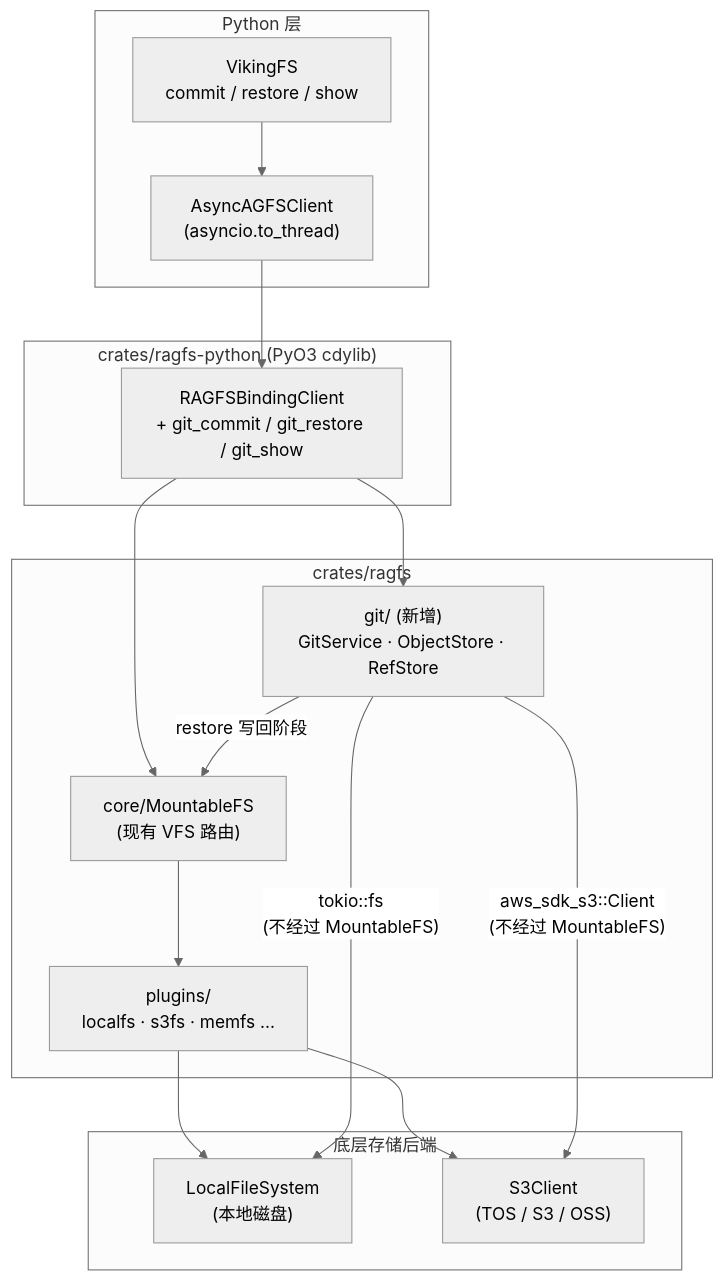
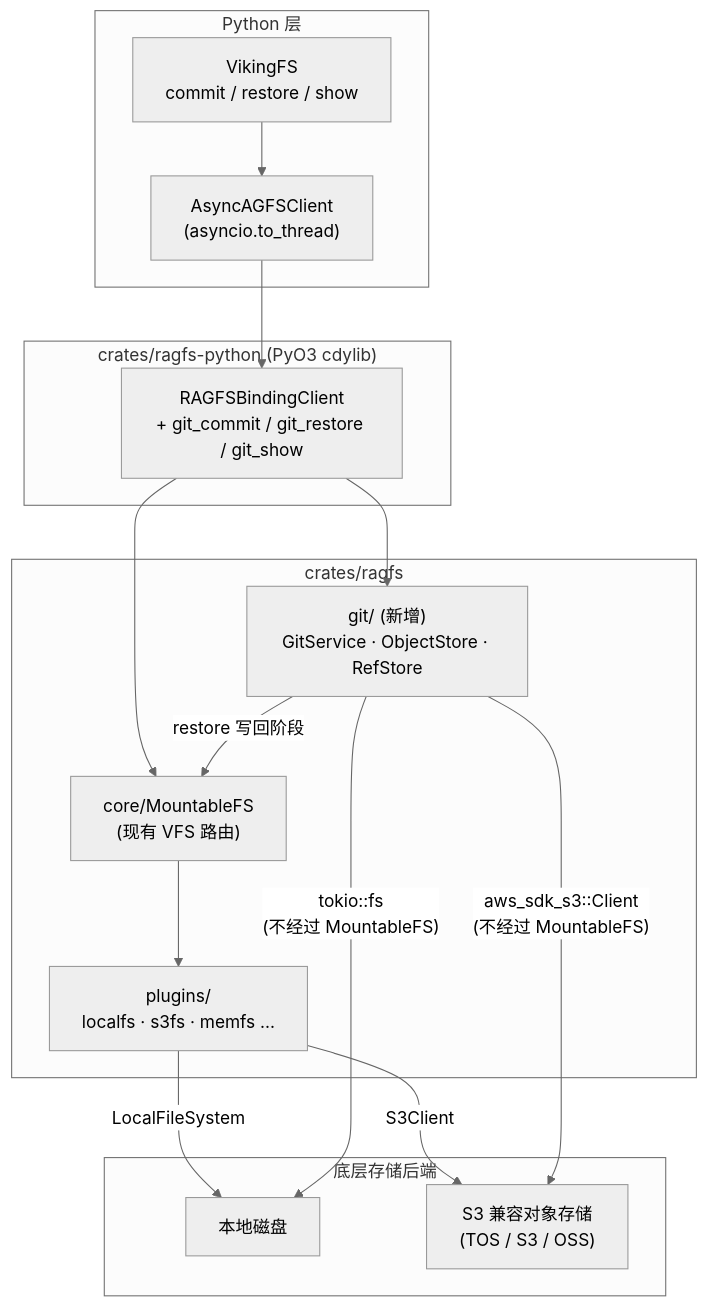
The first of 3 diagrams in docs/design/git-version-control-design.md (doublespring168/OpenViking), drawn with Mermaid (neutral theme) before and after one commit. The commit also changed other lines of this file and 4 other files, not shown here.

````diff
--- a/docs/design/git-version-control-design.md
+++ b/docs/design/git-version-control-design.md
@@ -52,43 +52,42 @@
 ```mermaid
 flowchart TB
     subgraph Py[Python 层]
         VFS["VikingFS
 commit / restore / show"]
         Async["AsyncAGFSClient
 (asyncio.to_thread)"]
     end
 
     subgraph BindCrate["crates/ragfs-python (PyO3 cdylib)"]
         RBC["RAGFSBindingClient
 + git_commit / git_restore / git_show"]
     end
 
     subgraph CoreCrate[crates/ragfs]
         MFS["core/MountableFS
 (现有 VFS 路由)"]
         Plugins["plugins/
 localfs · s3fs · memfs ..."]
         GitMod["git/ (新增)
 GitService · ObjectStore · RefStore"]
     end
 
     subgraph Backends[底层存储后端]
-        Local["LocalFileSystem
-(本地磁盘)"]
-        S3["S3Client
+        Local["本地磁盘"]
+        S3["S3 兼容对象存储
 (TOS / S3 / OSS)"]
     end
 
     VFS --> Async
     Async --> RBC
     RBC --> MFS
     RBC --> GitMod
     GitMod -- "restore 写回阶段" --> MFS
     MFS --> Plugins
-    Plugins --> Local
-    Plugins --> S3
+    Plugins -- "LocalFileSystem" --> Local
+    Plugins -- "S3Client" --> S3
     GitMod -- "tokio::fs
 (不经过 MountableFS)" --> Local
     GitMod -- "aws_sdk_s3::Client
 (不经过 MountableFS)" --> S3
 ```
````
